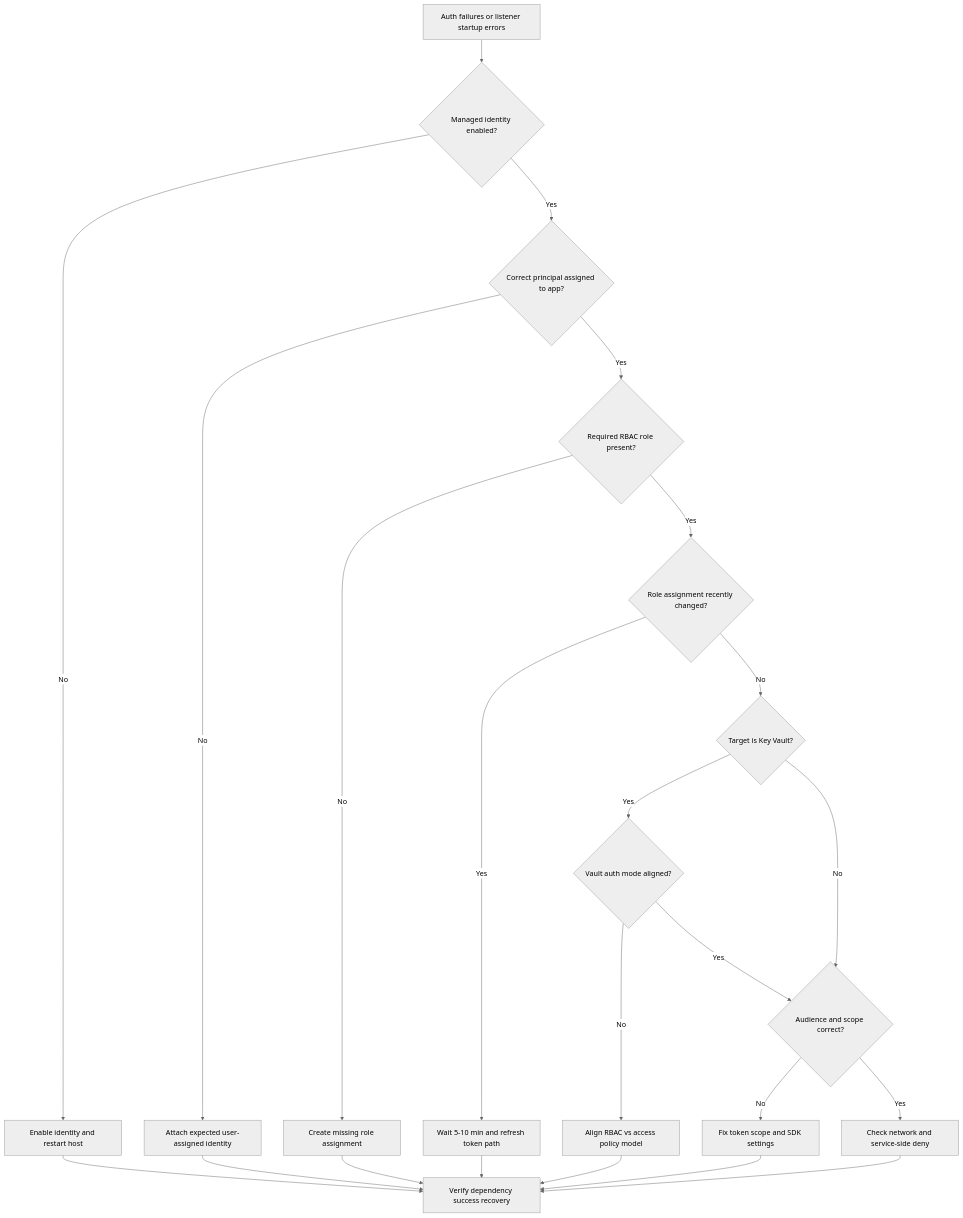
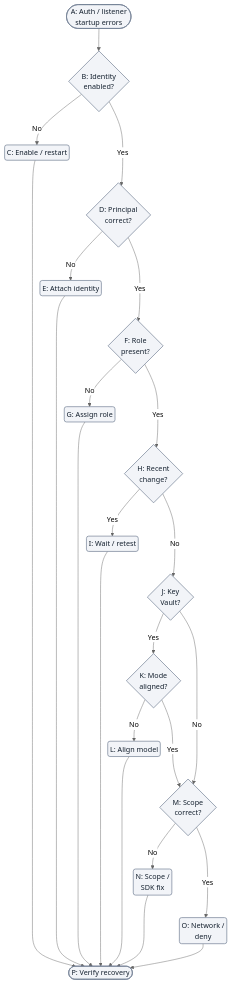
One commit to yeongseon/azure-functions-practical-guide changed the first of 4 diagrams in docs/troubleshooting/playbooks/auth-config/managed-identity-rbac-failure.md. Above: the diagram before and after it, drawn with Mermaid (neutral theme). The commit also changed other lines of this file and 2 other files, not shown here.

First line of the commit message:
docs(diagrams): migrate Functions playbooks auth-config — app settings misconfiguration and managed identity rbac failure (#453)

````diff
--- a/docs/troubleshooting/playbooks/auth-config/managed-identity-rbac-failure.md
+++ b/docs/troubleshooting/playbooks/auth-config/managed-identity-rbac-failure.md
@@ -90,25 +90,37 @@
 ```mermaid
+%%{init: {"flowchart":{"nodeSpacing":10,"padding":5}}}%%
 flowchart TD
-    A[Auth failures or listener startup errors] --> B{Managed identity enabled?}
-    B -->|No| C[Enable identity and restart host]
-    B -->|Yes| D{Correct principal assigned to app?}
-    D -->|No| E[Attach expected user-assigned identity]
-    D -->|Yes| F{Required RBAC role present?}
-    F -->|No| G[Create missing role assignment]
-    F -->|Yes| H{Role assignment recently changed?}
-    H -->|Yes| I[Wait 5-10 min and refresh token path]
-    H -->|No| J{Target is Key Vault?}
-    J -->|Yes| K{Vault auth mode aligned?}
-    K -->|No| L[Align RBAC vs access policy model]
-    K -->|Yes| M{Audience and scope correct?}
+    accTitle: Managed identity diagnostic decisions
+    accDescr: Illustrative Yes-No checks for identity selection, roles, recent changes, vault permission model and token scope. Branches select investigations or actions, not proven diagnoses; verify against the disproof sections.
+    A(["A: Auth / listener<br/>startup errors"]) --> B{"B: Identity<br/>enabled?"}
+    B -->|No| C("C: Enable / restart")
+    B -->|Yes| D{"D: Principal<br/>correct?"}
+    D -->|No| E("E: Attach identity")
+    D -->|Yes| F{"F: Role<br/>present?"}
+    F -->|No| G("G: Assign role")
+    F -->|Yes| H{"H: Recent<br/>change?"}
+    H -->|Yes| I("I: Wait / retest")
+    H -->|No| J{"J: Key<br/>Vault?"}
+    J -->|Yes| K{"K: Mode<br/>aligned?"}
+    K -->|No| L("L: Align model")
+    K -->|Yes| M{"M: Scope<br/>correct?"}
     J -->|No| M
-    M -->|No| N[Fix token scope and SDK settings]
-    M -->|Yes| O[Check network and service-side deny]
-    C --> P[Verify dependency success recovery]
+    M -->|No| N("N: Scope /<br/>SDK fix")
+    M -->|Yes| O("O: Network /<br/>deny")
+    C --> P(["P: Verify recovery"])
     E --> P
     G --> P
     I --> P
     L --> P
     N --> P
     O --> P
+    %% Layout-only links serialize checks; they add no diagnostic steps or arrows.
+    C ~~~ D
+    E ~~~ F
+    G ~~~ H
+    I ~~~ J
+    L ~~~ M
+    N ~~~ O
+    classDef neutral fill:#f2f4f8,stroke:#707e93,stroke-width:1.5px,color:#14202e;
+    class A,B,C,D,E,F,G,H,I,J,K,L,M,N,O,P neutral;
 ```
````
